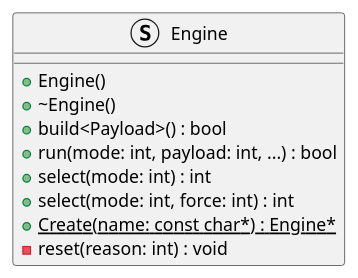
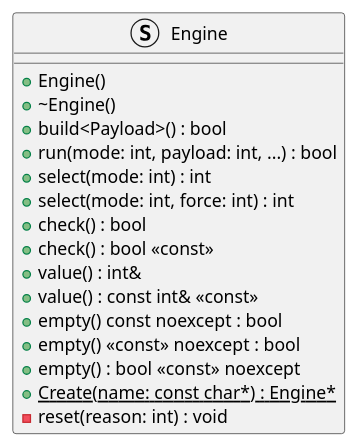
The diagram in validation/core/integration_test/class_design_implementation/positive_method_features/class_diagram.puml (eclipse-score/tooling), drawn with PlantUML before and after one commit. The commit also changed 51 other files, not shown here.

```diff
--- a/validation/core/integration_test/class_design_implementation/positive_method_features/class_diagram.puml
+++ b/validation/core/integration_test/class_design_implementation/positive_method_features/class_diagram.puml
@@ -14,14 +14,22 @@
 @startuml
 
 struct Engine {
     + Engine()
     + ~Engine()
     + build<Payload>() : bool
     + run(mode: int, payload: int, ...) : bool
     + select(mode: int) : int
     + select(mode: int, force: int) : int
+    + check() : bool
+    + check() : bool <<const>>
+    + value() : int&
+    + value() : const int& <<const>>
+    ' Equivalent forms: bare qualifier, stereotype before return type, stereotype after return type.
+    + empty() const noexcept : bool
+    + empty() <<const>> noexcept : bool
+    + empty() : bool <<const>> noexcept
     + {static} Create(name: const char*) : Engine*
     - reset(reason: int) : void
 }
 
 @enduml
```
